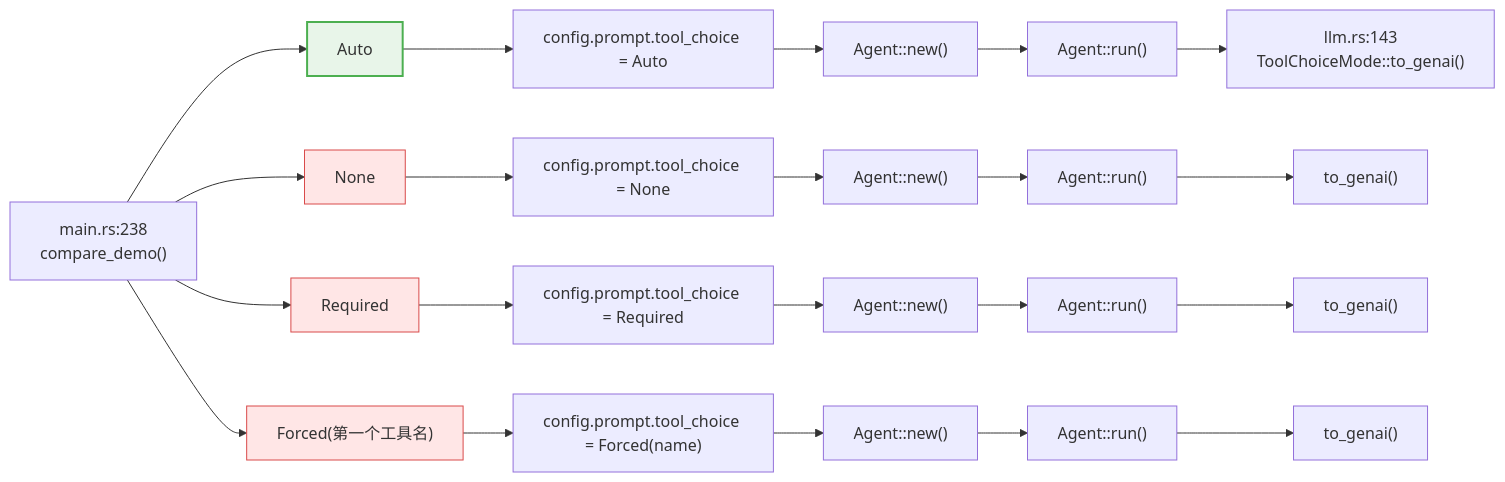
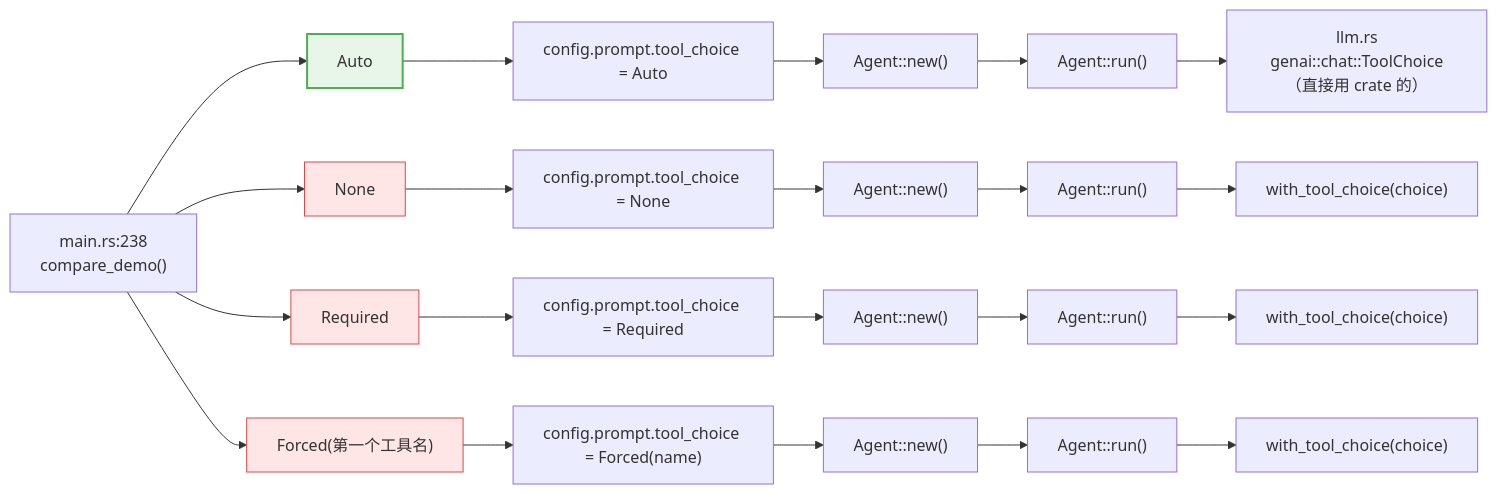
The sixth of 11 diagrams in 16-agent-function-calling/README.md (heheshang/agent-learn), drawn with Mermaid before and after one commit. The commit also changed other lines of this file and 33 other files, not shown here.

````diff
--- a/16-agent-function-calling/README.md
+++ b/16-agent-function-calling/README.md
@@ -315,32 +319,32 @@
 ```mermaid
 flowchart LR
     CMP["main.rs:238<br/>compare_demo()"] --> M1["Auto"]
     CMP --> M2["None"]
     CMP --> M3["Required"]
     CMP --> M4["Forced(第一个工具名)"]
 
     M1 --> CFG1["config.prompt.tool_choice = Auto"]
     M2 --> CFG2["config.prompt.tool_choice = None"]
     M3 --> CFG3["config.prompt.tool_choice = Required"]
     M4 --> CFG4["config.prompt.tool_choice = Forced(name)"]
 
     CFG1 --> AG1["Agent::new()"]
     CFG2 --> AG2["Agent::new()"]
     CFG3 --> AG3["Agent::new()"]
     CFG4 --> AG4["Agent::new()"]
 
     AG1 --> R1["Agent::run()"]
     AG2 --> R2["Agent::run()"]
     AG3 --> R3["Agent::run()"]
     AG4 --> R4["Agent::run()"]
 
-    R1 --> TO1["llm.rs:143<br/>ToolChoiceMode::to_genai()"]
-    R2 --> TO2["to_genai()"]
-    R3 --> TO3["to_genai()"]
-    R4 --> TO4["to_genai()"]
+    R1 --> TO1["llm.rs<br/>genai::chat::ToolChoice（直接用 crate 的）"]
+    R2 --> TO2["with_tool_choice(choice)"]
+    R3 --> TO3["with_tool_choice(choice)"]
+    R4 --> TO4["with_tool_choice(choice)"]
 
     style M1 fill:#e8f5e9,stroke:#4caf50,stroke-width:2px
     style M2 fill:#ffe6e6,stroke:#d94a4a
     style M3 fill:#ffe6e6,stroke:#d94a4a
     style M4 fill:#ffe6e6,stroke:#d94a4a
 ```
````
